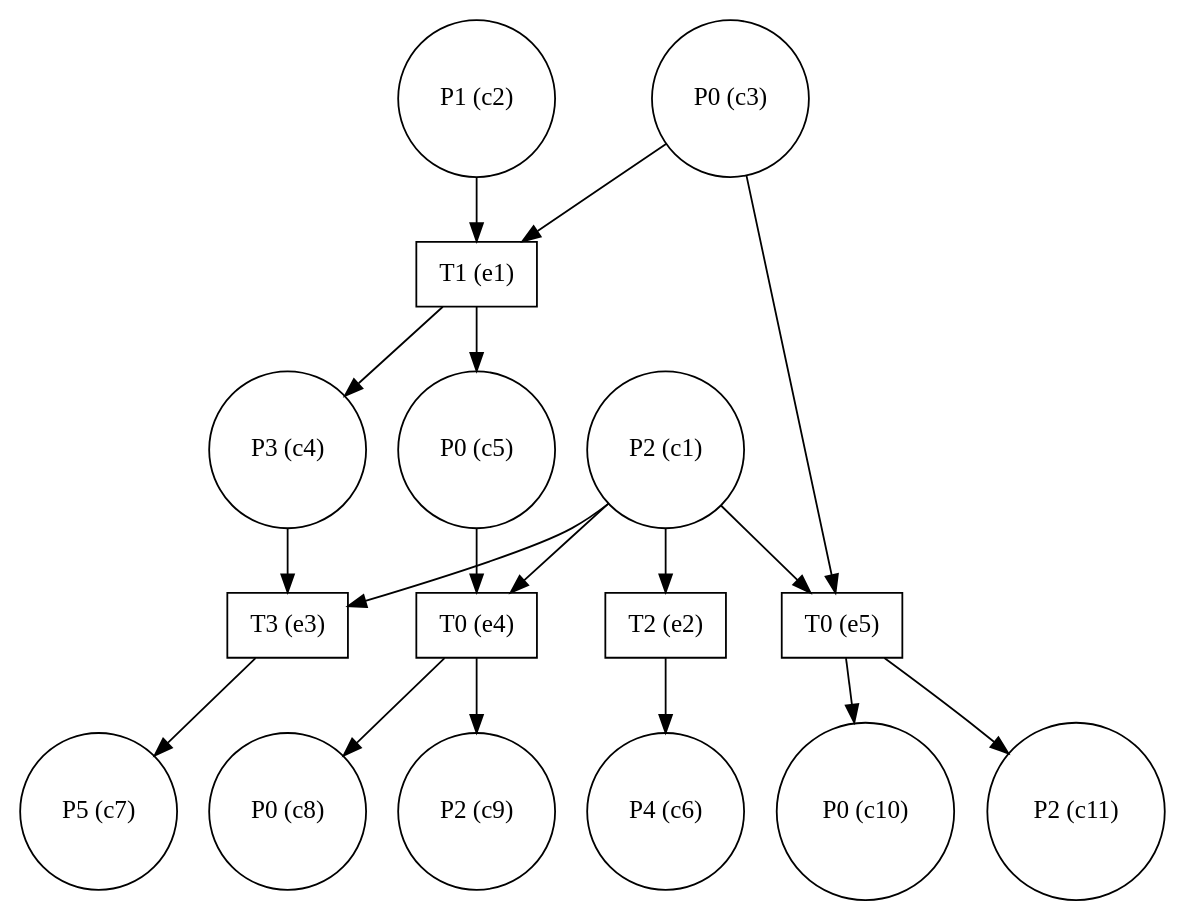
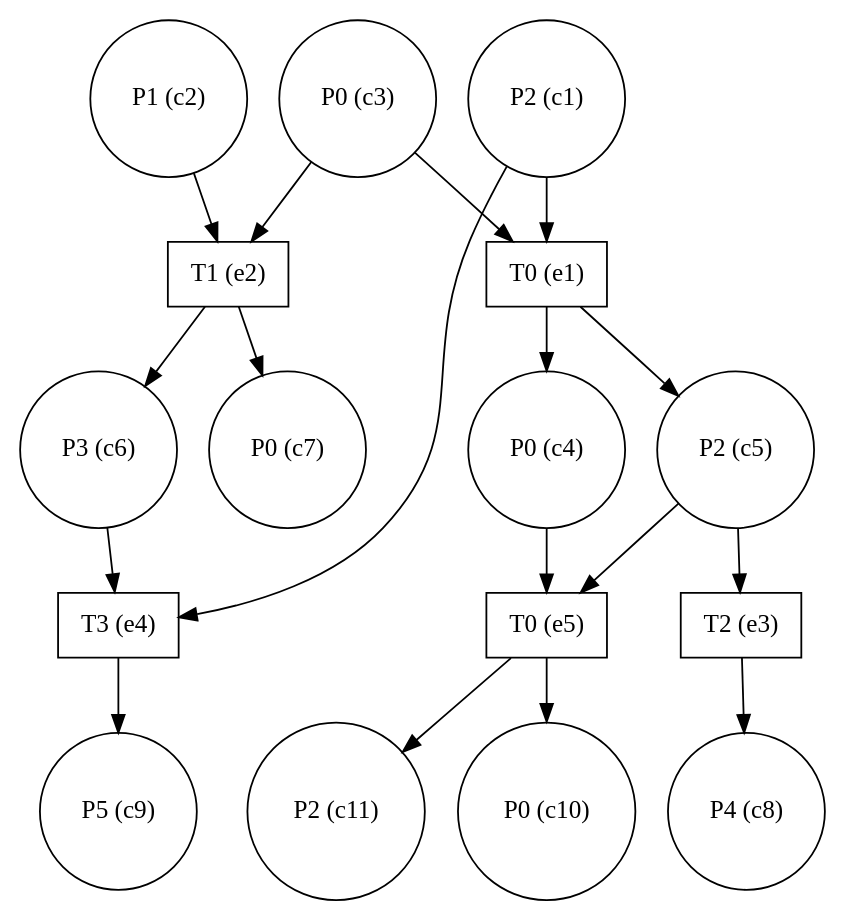
One commit to giannkas/ecofolder changed the diagram in small_eg.dot. Above: the diagram before and after it, drawn with Graphviz. The commit also changed 10 other files, not shown here.

```diff
--- a/small_eg.dot
+++ b/small_eg.dot
@@ -1,35 +1,35 @@
 digraph test {
-  c1 -> e3;
   c1 -> e4;
-  c1 -> e2;
-  c1 -> e5;
-  c2 -> e1;
+  c1 -> e1;
+  c2 -> e2;
+  c3 -> e2;
   c3 -> e1;
-  c3 -> e5;
   e1 -> c4;
-  c4 -> e3;
+  c4 -> e5;
   e1 -> c5;
-  c5 -> e4;
+  c5 -> e3;
+  c5 -> e5;
   e2 -> c6;
-  e3 -> c7;
-  e4 -> c8;
+  c6 -> e4;
+  e2 -> c7;
+  e3 -> c8;
   e4 -> c9;
   e5 -> c10;
   e5 -> c11;
   c1 [label="P2 (c1)" shape=circle];
   c2 [label="P1 (c2)" shape=circle];
   c3 [label="P0 (c3)" shape=circle];
-  c4 [label="P3 (c4)" shape=circle];
-  c5 [label="P0 (c5)" shape=circle];
-  c6 [label="P4 (c6)" shape=circle];
-  c7 [label="P5 (c7)" shape=circle];
-  c8 [label="P0 (c8)" shape=circle];
-  c9 [label="P2 (c9)" shape=circle];
+  c4 [label="P0 (c4)" shape=circle];
+  c5 [label="P2 (c5)" shape=circle];
+  c6 [label="P3 (c6)" shape=circle];
+  c7 [label="P0 (c7)" shape=circle];
+  c8 [label="P4 (c8)" shape=circle];
+  c9 [label="P5 (c9)" shape=circle];
   c10 [label="P0 (c10)" shape=circle];
   c11 [label="P2 (c11)" shape=circle];
-  e1 [label="T1 (e1)" shape=box];
-  e2 [label="T2 (e2)" shape=box];
-  e3 [label="T3 (e3)" shape=box];
-  e4 [label="T0 (e4)" shape=box];
+  e1 [label="T0 (e1)" shape=box];
+  e2 [label="T1 (e2)" shape=box];
+  e3 [label="T2 (e3)" shape=box];
+  e4 [label="T3 (e4)" shape=box];
   e5 [label="T0 (e5)" shape=box];
 }
```
